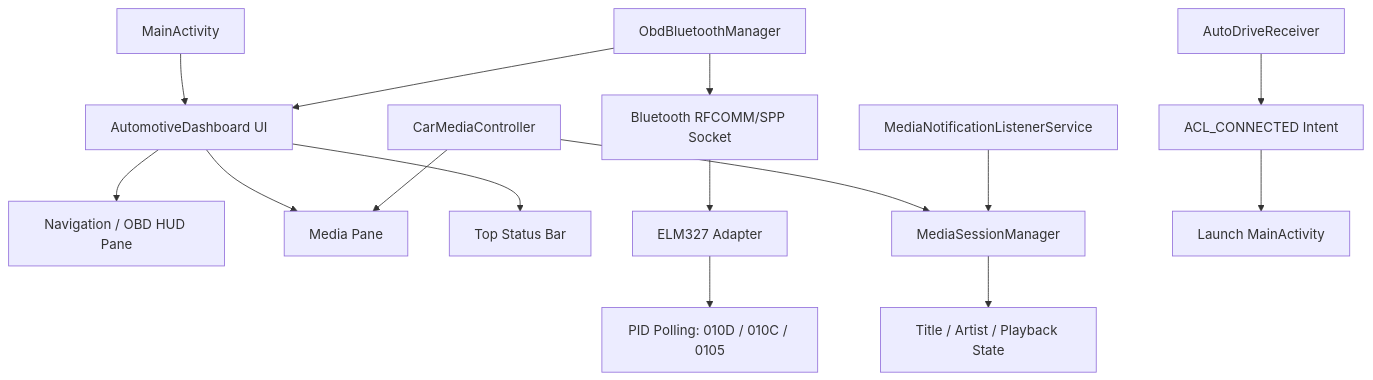
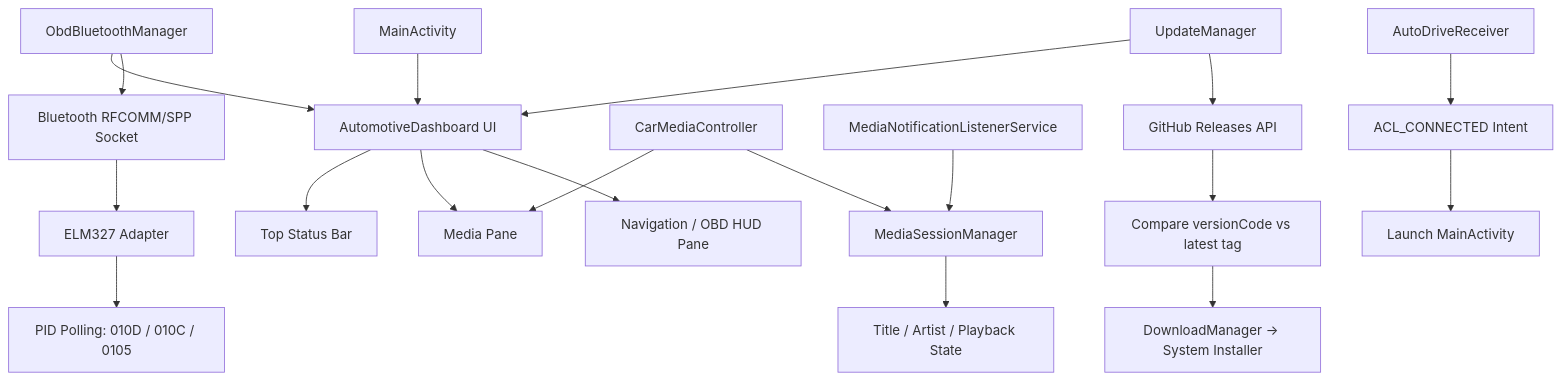
One commit to deviloufr-ai/ACP changed the diagram in README.md. Above: the diagram before and after it, drawn with Mermaid. The commit also changed other lines of this file and 28 other files, not shown here.

````diff
--- a/README.md
+++ b/README.md
@@ -118,20 +150,25 @@
 ```mermaid
 graph TB
     A[MainActivity] --> B[AutomotiveDashboard UI]
     B --> C[Navigation / OBD HUD Pane]
     B --> D[Media Pane]
     B --> E[Top Status Bar]
 
     F[ObdBluetoothManager] --> G[Bluetooth RFCOMM/SPP Socket]
     G --> H[ELM327 Adapter]
     H --> I[PID Polling: 010D / 010C / 0105]
     F --> B
 
     J[CarMediaController] --> K[MediaSessionManager]
     L[MediaNotificationListenerService] --> K
     K --> M[Title / Artist / Playback State]
     J --> D
 
     N[AutoDriveReceiver] --> O[ACL_CONNECTED Intent]
     O --> P[Launch MainActivity]
+
+    Q[UpdateManager] --> R[GitHub Releases API]
+    R --> S[Compare versionCode vs latest tag]
+    S --> T[DownloadManager -> System Installer]
+    Q --> B
 ```
````
